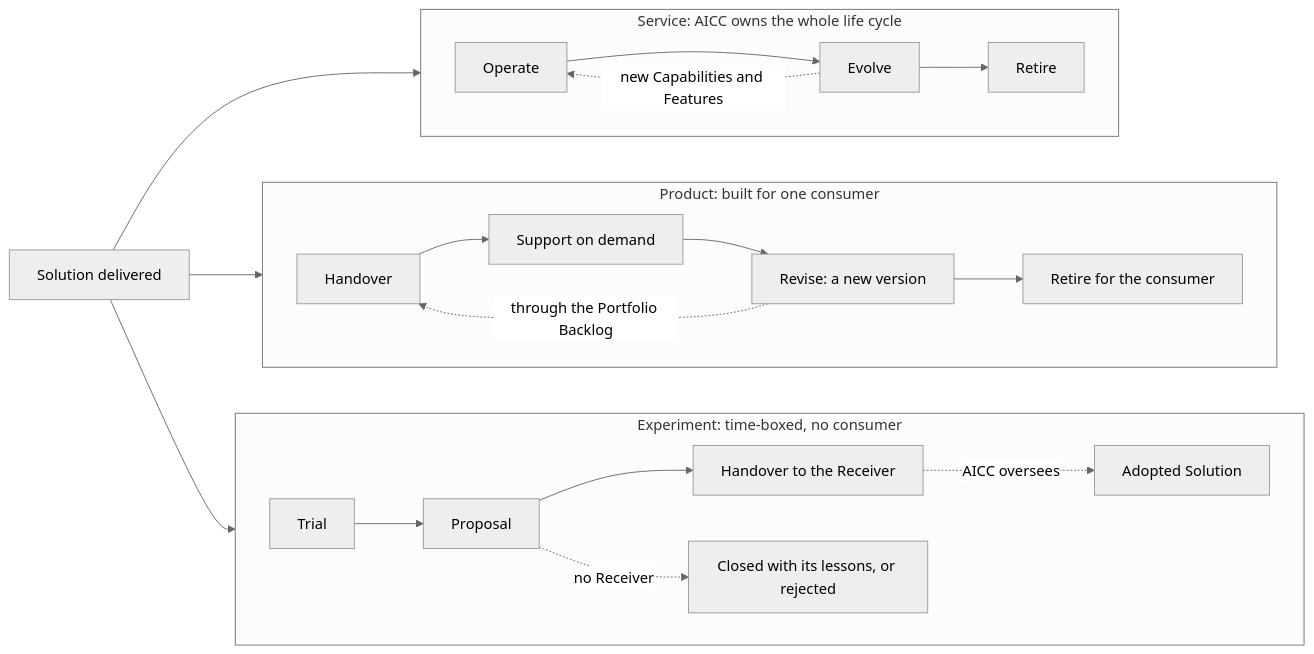
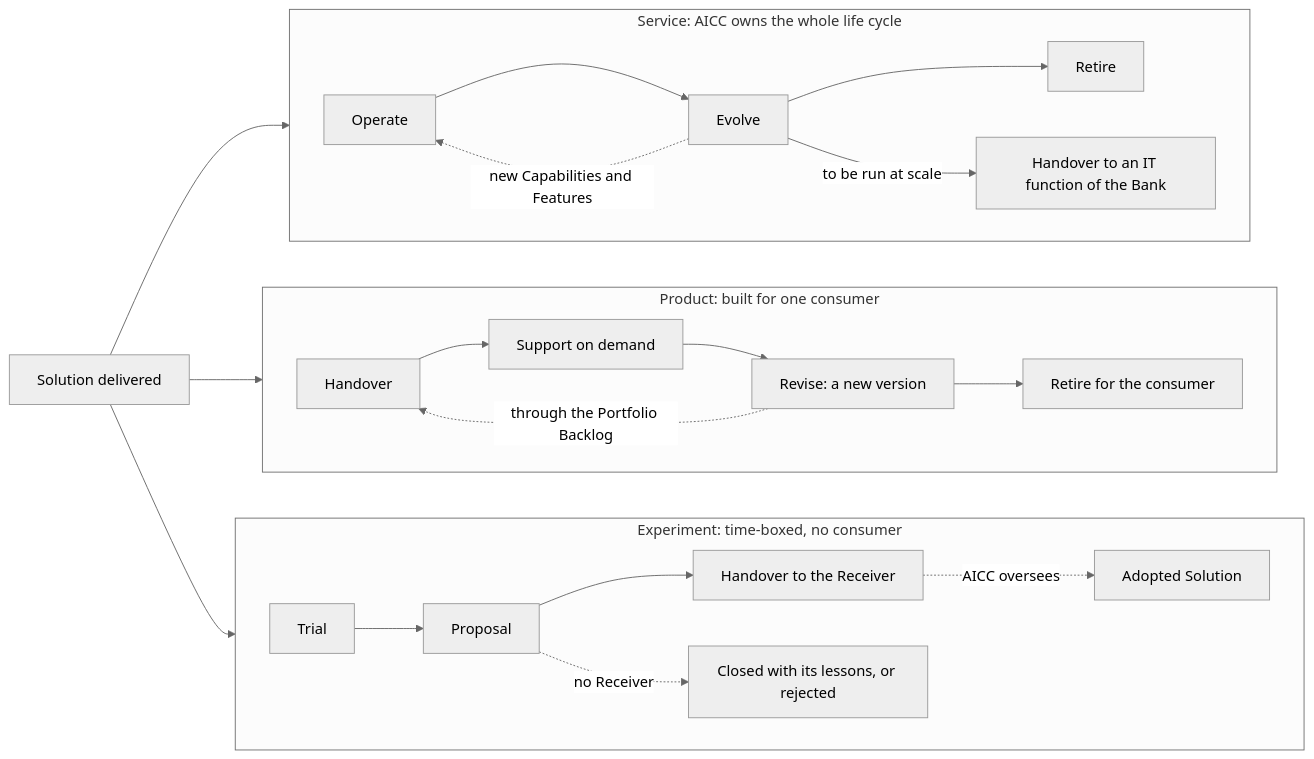
One commit to devhogu/ob-aicc changed the eighth of 10 diagrams in charter/workflows/service-delivery.md. Above: the diagram before and after it, drawn with Mermaid (neutral theme). The commit also changed other lines of this file and 455 other files, not shown here.

First line of the commit message:
Charter and Registry at revision 2.0: the documents carry what the portal states by intent (DR-2026-062)

````diff
--- a/charter/workflows/service-delivery.md
+++ b/charter/workflows/service-delivery.md
@@ -169,22 +194,23 @@
 ```mermaid
 flowchart LR
   D["Solution delivered"] --> SV
   D --> PR
   D --> EX
   subgraph SV["Service: AICC owns the whole life cycle"]
     direction LR
     S1["Operate"] --> S2["Evolve"] --> S3["Retire"]
     S2 -.new Capabilities and Features.-> S1
+    S2 -->|"to be run at scale"| S4["Handover to an IT function of the Bank"]
   end
   subgraph PR["Product: built for one consumer"]
     direction LR
     P1["Handover"] --> P2["Support on demand"] --> P3["Revise: a new version"] --> P4["Retire for the consumer"]
     P3 -.through the Portfolio Backlog.-> P1
   end
   subgraph EX["Experiment: time-boxed, no consumer"]
     direction LR
     X1["Trial"] --> X2["Proposal"] --> X3["Handover to the Receiver"]
     X3 -.AICC oversees.-> A["Adopted Solution"]
     X2 -.->|"no Receiver"| X4["Closed with its lessons, or rejected"]
   end
 ```
````
